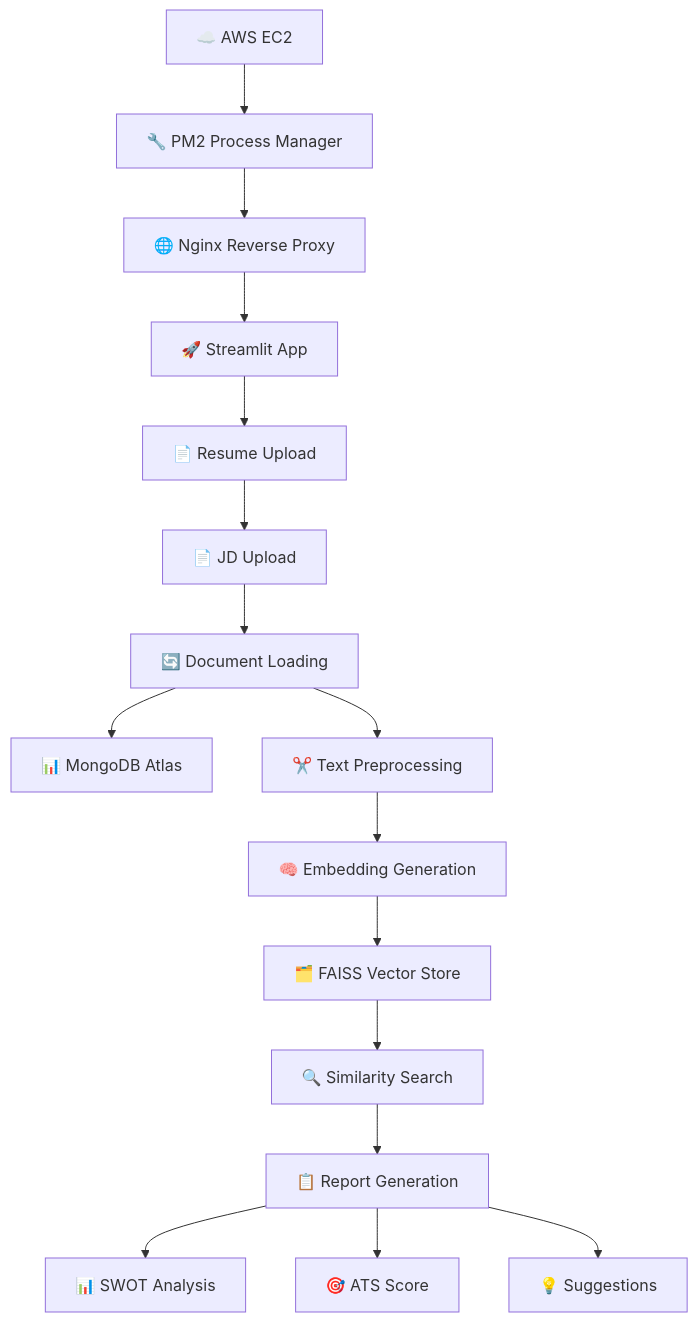
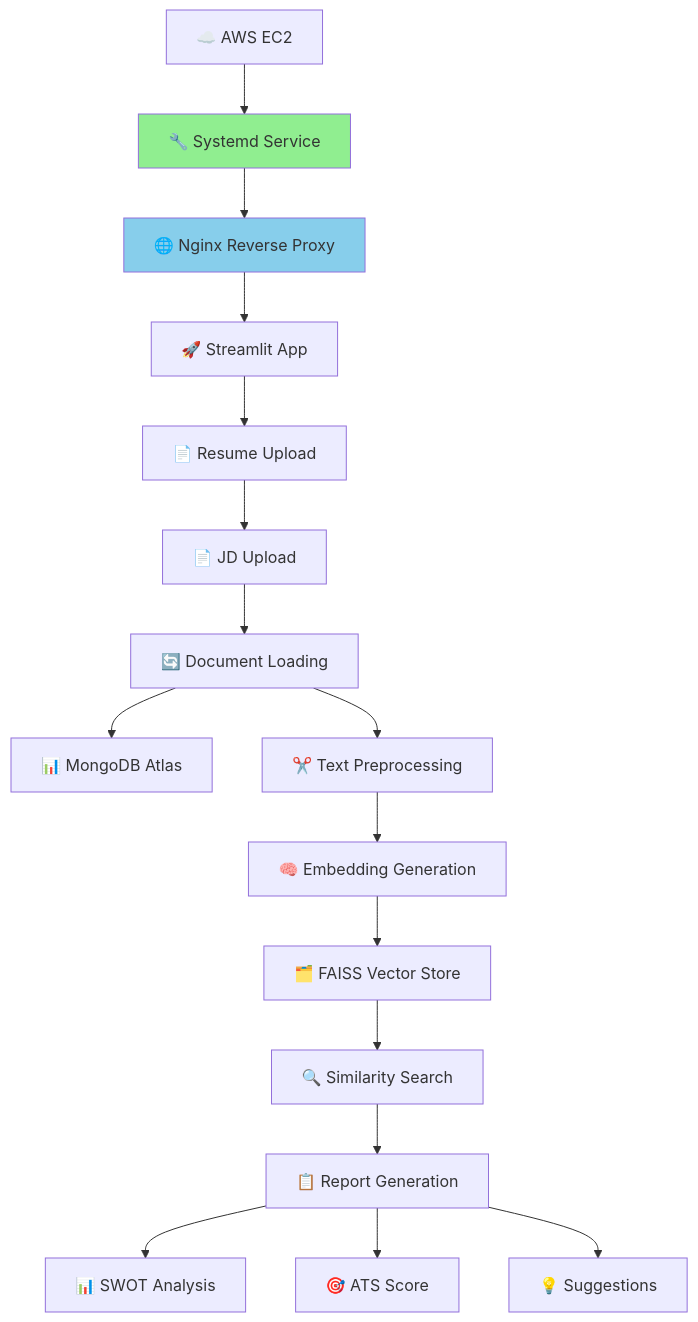
One commit to het004/resume_scanner changed the diagram in README.md. Above: the diagram before and after it, drawn with Mermaid. The commit also changed other lines of this file, not shown here.

````diff
--- a/README.md
+++ b/README.md
@@ -142,19 +89,22 @@
 ```mermaid
 graph TD
     A[📄 Resume Upload] --> B[📄 JD Upload]
     B --> C[🔄 Document Loading]
     C --> D[📊 MongoDB Atlas]
     C --> E[✂️ Text Preprocessing]
     E --> F[🧠 Embedding Generation]
     F --> G[🗂️ FAISS Vector Store]
     G --> H[🔍 Similarity Search]
     H --> I[📋 Report Generation]
     I --> J[📊 SWOT Analysis]
     I --> K[🎯 ATS Score]
     I --> L[💡 Suggestions]
     
-    M[☁️ AWS EC2] --> N[🔧 PM2 Process Manager]
+    M[☁️ AWS EC2] --> N[🔧 Systemd Service]
     N --> O[🌐 Nginx Reverse Proxy]
     O --> P[🚀 Streamlit App]
     P --> A
+    
+    style N fill:#90EE90
+    style O fill:#87CEEB
 ```
````
